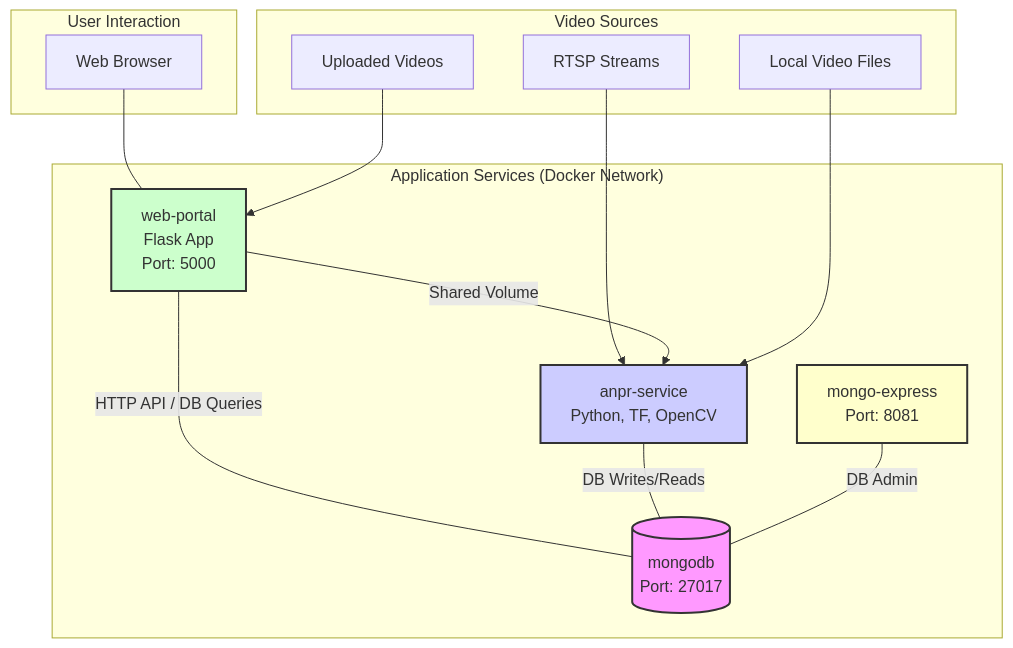
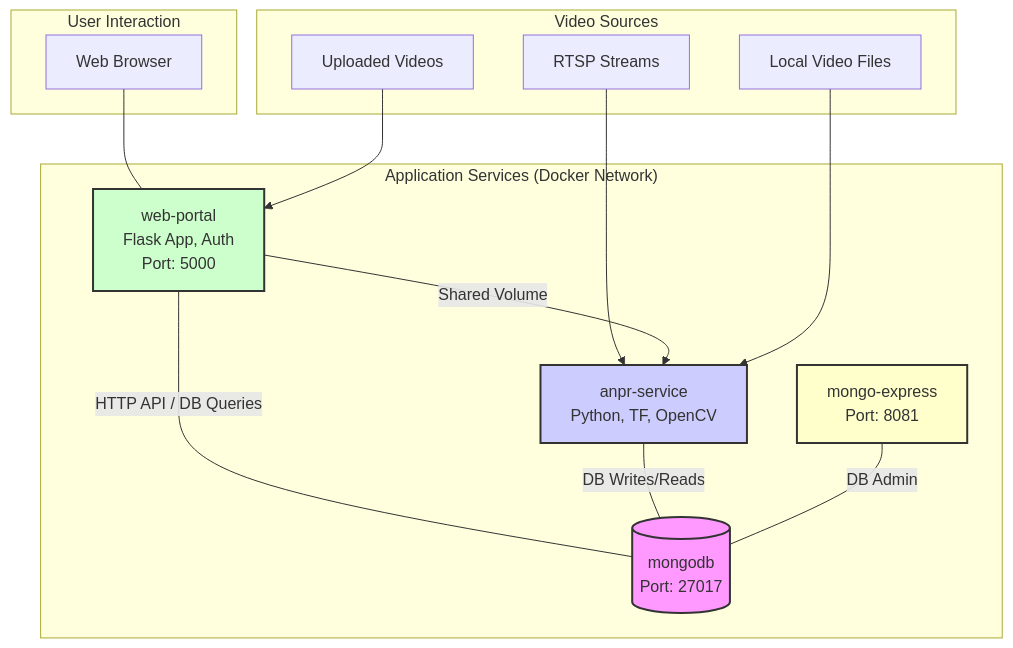
Before and after one commit to BetoFlow/ConvALPR: the diagram in SYSTEM_DOCUMENTATION.md, drawn with Mermaid. The commit also changed other lines of this file and 8 other files, not shown here.

````diff
--- a/SYSTEM_DOCUMENTATION.md
+++ b/SYSTEM_DOCUMENTATION.md
@@ -20,33 +20,33 @@
 ```mermaid
 graph TD
     subgraph "User Interaction"
         UI[Web Browser]
     end
 
     subgraph "Application Services (Docker Network)"
-        WP[web-portal <br> Flask App <br> Port: 5000]
+        WP[web-portal <br> Flask App, Auth <br> Port: 5000]
         ANPR[anpr-service <br> Python, TF, OpenCV]
         DB[(mongodb <br> Port: 27017)]
         ME[mongo-express <br> Port: 8081]
     end
 
     subgraph "Video Sources"
         RTSP[RTSP Streams]
         VID[Uploaded Videos]
         FILES[Local Video Files]
     end
     
     UI --- WP
     WP ---|HTTP API / DB Queries| DB
     ANPR ---|DB Writes/Reads| DB
     ME ---|DB Admin| DB
     
     RTSP --> ANPR
     VID --> WP --> |Shared Volume| ANPR
     FILES --> ANPR
 
     style DB fill:#f9f,stroke:#333,stroke-width:2px
     style ANPR fill:#ccf,stroke:#333,stroke-width:2px
     style WP fill:#cfc,stroke:#333,stroke-width:2px
     style ME fill:#ffc,stroke:#333,stroke-width:2px
 ```
````
